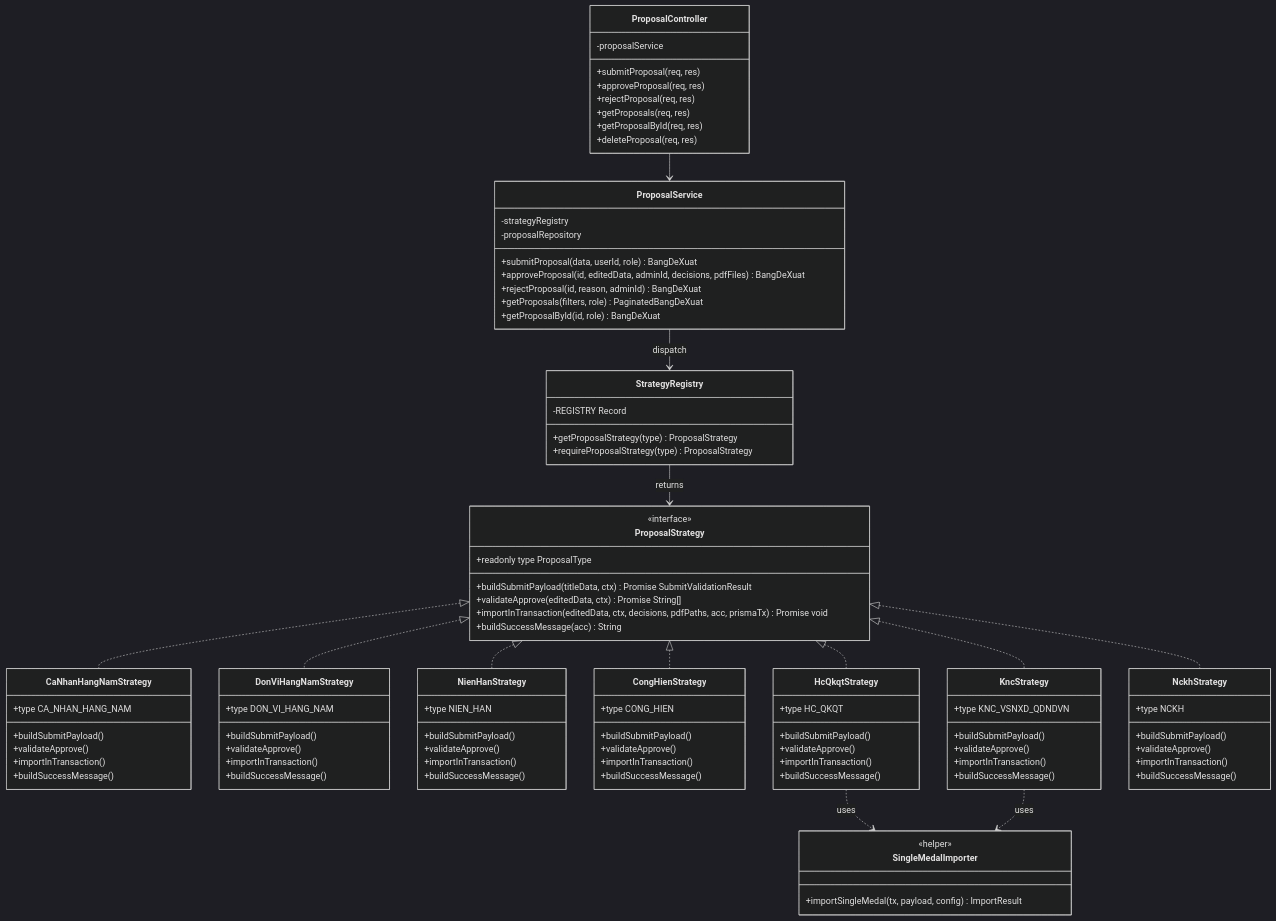
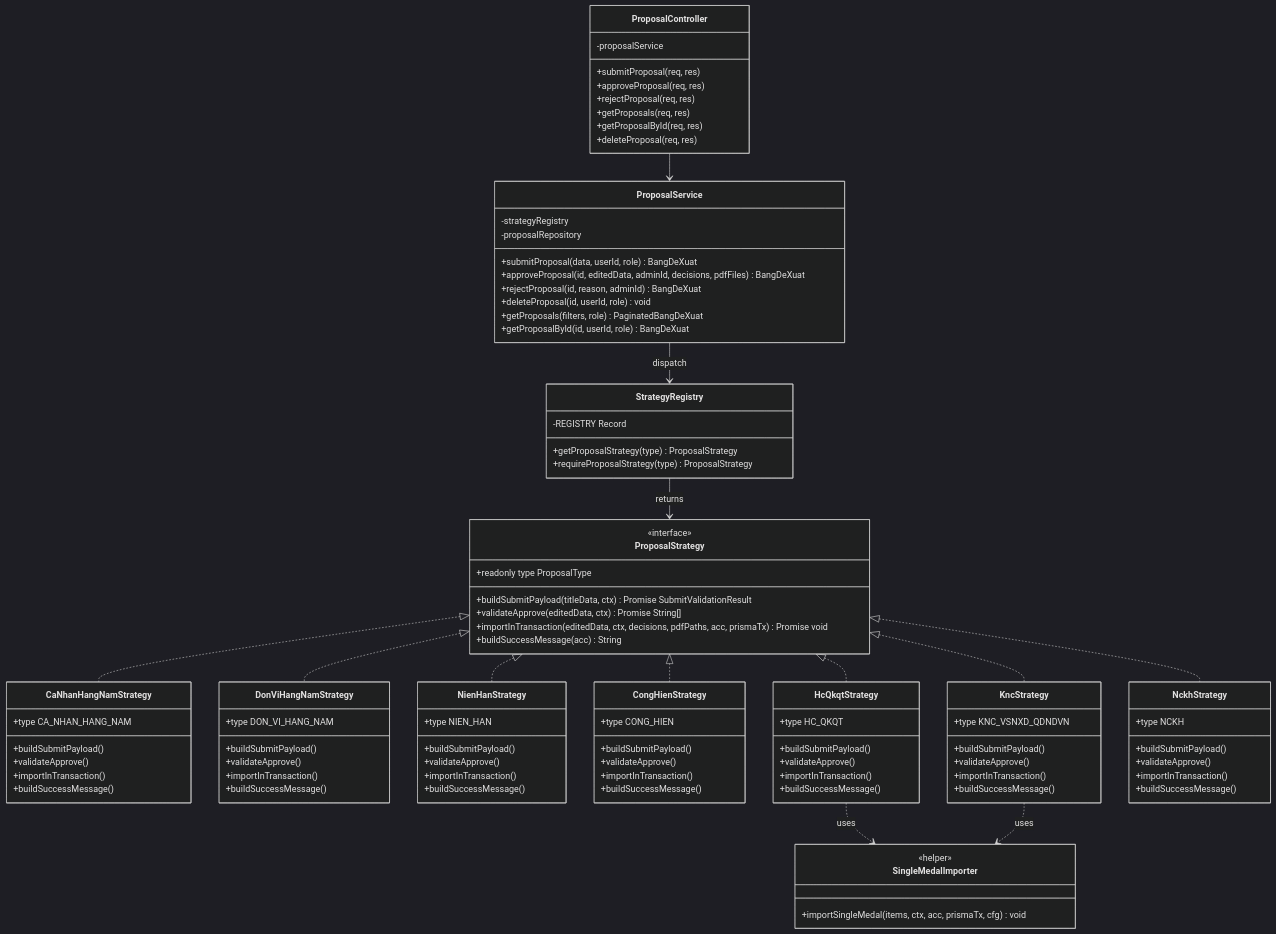
The second of 5 diagrams in docs/diagrams/04-class.md (tranducbk/DATN_PM_QLKT), drawn with Mermaid (dark theme) before and after one commit. The commit also changed other lines of this file and 29 other files, not shown here.

First line of the commit message:
Update CLAUDE.md with additional validation rules and introduce new database schema

```diff
--- a/docs/diagrams/04-class.md
+++ b/docs/diagrams/04-class.md
@@ -194,7 +191,7 @@
 
     class SingleMedalImporter {
         <<helper>>
-        +importSingleMedal(tx, payload, config) ImportResult
+        +importSingleMedal(items, ctx, acc, prismaTx, cfg) void
     }
 
     class ProposalService {
@@ -203,8 +200,9 @@
         +submitProposal(data, userId, role) BangDeXuat
         +approveProposal(id, editedData, adminId, decisions, pdfFiles) BangDeXuat
         +rejectProposal(id, reason, adminId) BangDeXuat
+        +deleteProposal(id, userId, role) void
         +getProposals(filters, role) PaginatedBangDeXuat
-        +getProposalById(id, role) BangDeXuat
+        +getProposalById(id, userId, role) BangDeXuat
     }
 
     class ProposalController {
```
